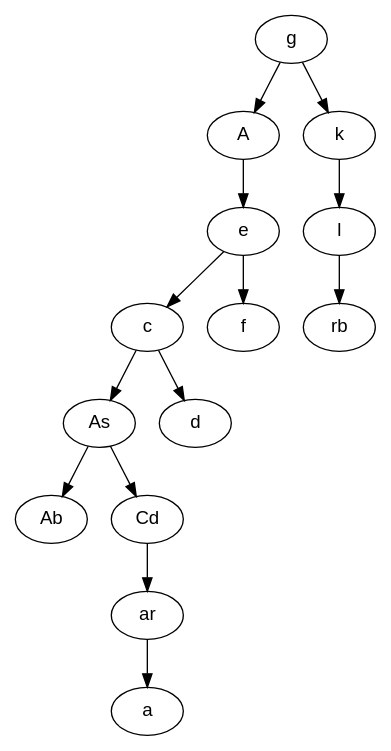
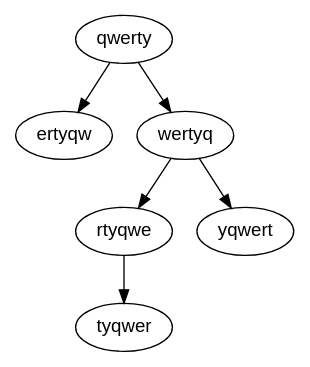
One commit to DeadCool23/TaDS changed the diagram in lab_07/misc/images/word_tree.dot. Above: the diagram before and after it, drawn with Graphviz. The commit also changed 3 other files, not shown here.

```diff
--- a/lab_07/misc/images/word_tree.dot
+++ b/lab_07/misc/images/word_tree.dot
@@ -1,30 +1,14 @@
 digraph word_tree {
   node [fontname="Arial"];
-  "g" [label="g"];
-  "A" [label="A"];
-  "e" [label="e"];
-  "c" [label="c"];
-  "As" [label="As"];
-  "Ab" [label="Ab"];
-  "Cd" [label="Cd"];
-  "ar" [label="ar"];
-  "a" [label="a"];
-  "d" [label="d"];
-  "f" [label="f"];
-  "k" [label="k"];
-  "l" [label="l"];
-  "rb" [label="rb"];
-  "g" -> "A";
-  "g" -> "k";
-  "A" -> "e";
-  "e" -> "c";
-  "e" -> "f";
-  "c" -> "As";
-  "c" -> "d";
-  "As" -> "Ab";
-  "As" -> "Cd";
-  "Cd" -> "ar";
-  "ar" -> "a";
-  "k" -> "l";
-  "l" -> "rb";
+  "qwerty" [label="qwerty"];
+  "ertyqw" [label="ertyqw"];
+  "wertyq" [label="wertyq"];
+  "rtyqwe" [label="rtyqwe"];
+  "tyqwer" [label="tyqwer"];
+  "yqwert" [label="yqwert"];
+  "qwerty" -> "ertyqw";
+  "qwerty" -> "wertyq";
+  "wertyq" -> "rtyqwe";
+  "wertyq" -> "yqwert";
+  "rtyqwe" -> "tyqwer";
 }
```
